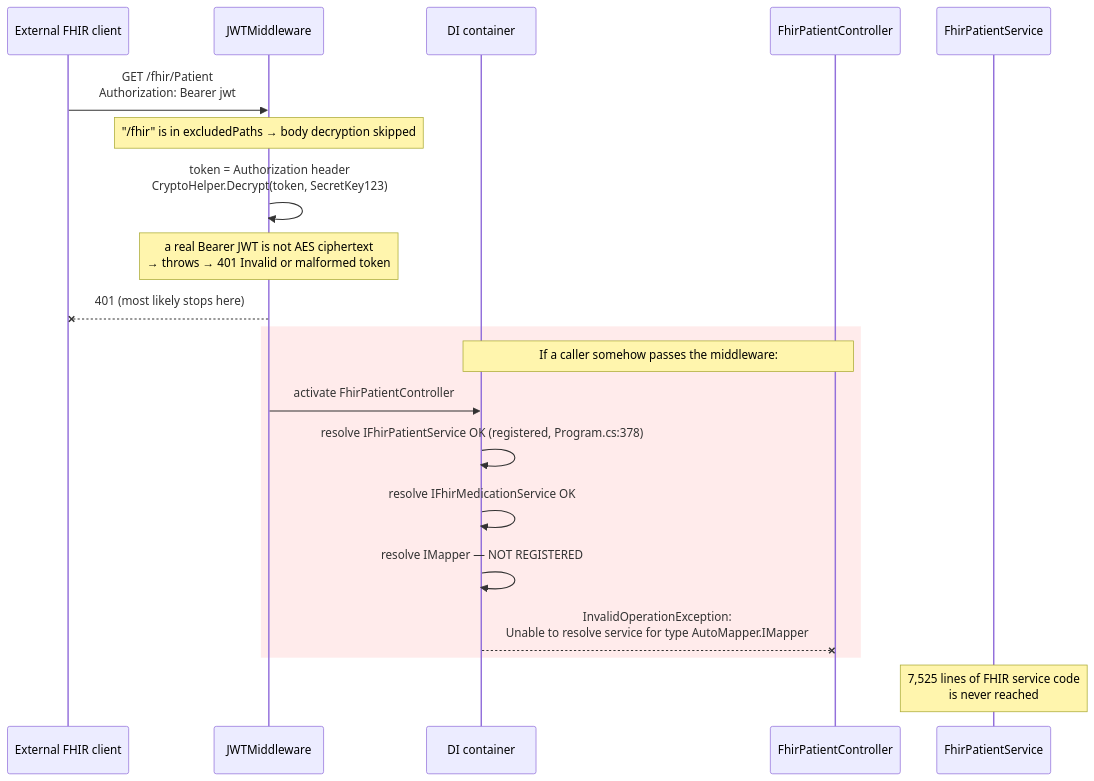
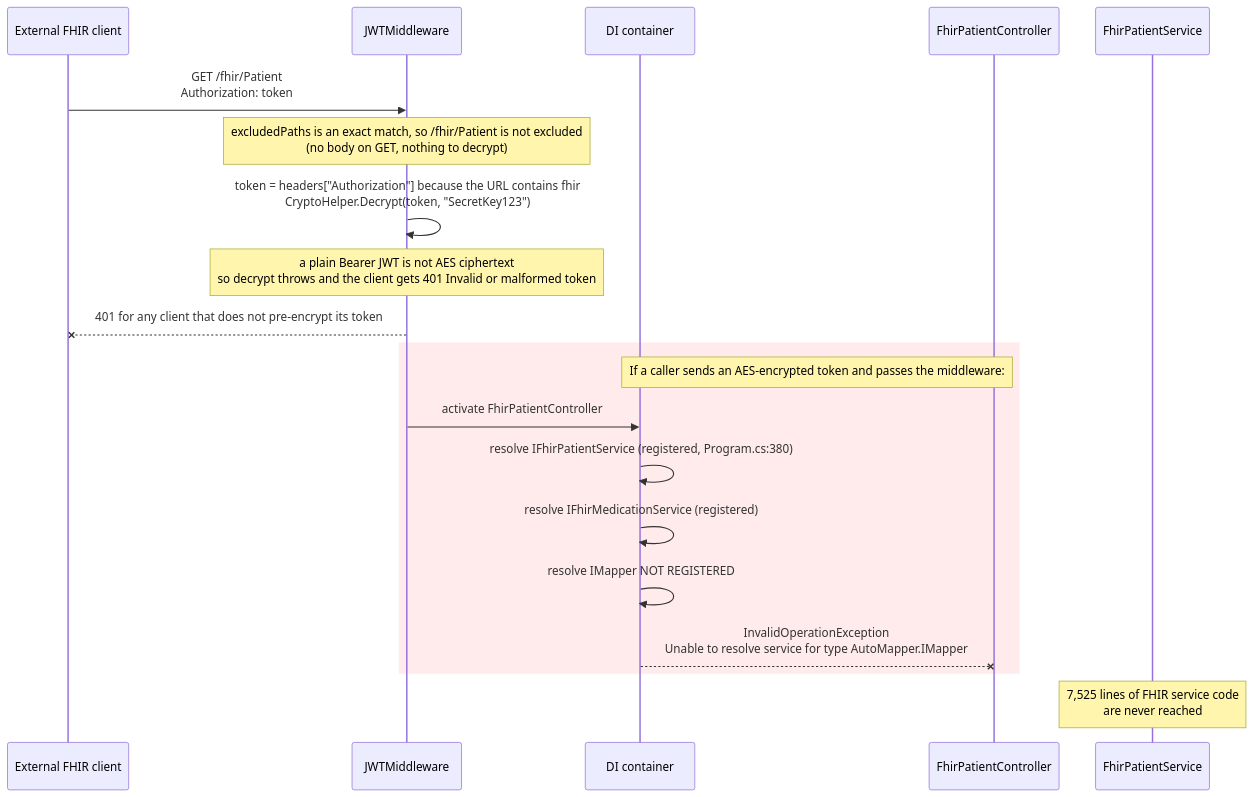
One commit to hemsingh-3PG/sai-systems-AIRE changed the first of 5 diagrams in docs/architecture-diagrams/05-interoperability-fhir-ccda-qrda-deep-dive-diagrams.md. Above: the diagram before and after it, drawn with Mermaid. The commit also changed other lines of this file and 285 other files, not shown here.

````diff
--- a/docs/architecture-diagrams/05-interoperability-fhir-ccda-qrda-deep-dive-diagrams.md
+++ b/docs/architecture-diagrams/05-interoperability-fhir-ccda-qrda-deep-dive-diagrams.md
@@ -14,25 +13,25 @@
 ```mermaid
 sequenceDiagram
   participant X as External FHIR client
   participant MW as JWTMiddleware
   participant DI as DI container
   participant CT as FhirPatientController
   participant SVC as FhirPatientService
 
-  X->>MW: GET /fhir/Patient<br/>Authorization: Bearer jwt
-  Note over MW: "/fhir" is in excludedPaths → body decryption skipped
-  MW->>MW: token = Authorization header<br/>CryptoHelper.Decrypt(token, SecretKey123)
-  Note over MW: a real Bearer JWT is not AES ciphertext<br/>→ throws → 401 Invalid or malformed token
-  MW--xX: 401 (most likely stops here)
+  X->>MW: GET /fhir/Patient<br/>Authorization: token
+  Note over MW: excludedPaths is an exact match, so /fhir/Patient is not excluded<br/>(no body on GET, nothing to decrypt)
+  MW->>MW: token = headers["Authorization"] because the URL contains fhir<br/>CryptoHelper.Decrypt(token, "SecretKey123")
+  Note over MW: a plain Bearer JWT is not AES ciphertext<br/>so decrypt throws and the client gets 401 Invalid or malformed token
+  MW--xX: 401 for any client that does not pre-encrypt its token
 
   rect rgba(255,0,0,0.08)
-  Note over DI,CT: If a caller somehow passes the middleware:
+  Note over DI,CT: If a caller sends an AES-encrypted token and passes the middleware:
   MW->>DI: activate FhirPatientController
-  DI->>DI: resolve IFhirPatientService OK (registered, Program.cs:378)
-  DI->>DI: resolve IFhirMedicationService OK
-  DI->>DI: resolve IMapper — NOT REGISTERED
-  DI--xCT: InvalidOperationException:<br/>Unable to resolve service for type AutoMapper.IMapper
+  DI->>DI: resolve IFhirPatientService (registered, Program.cs:380)
+  DI->>DI: resolve IFhirMedicationService (registered)
+  DI->>DI: resolve IMapper NOT REGISTERED
+  DI--xCT: InvalidOperationException<br/>Unable to resolve service for type AutoMapper.IMapper
   end
 
-  Note over SVC: 7,525 lines of FHIR service code<br/>is never reached
+  Note over SVC: 7,525 lines of FHIR service code<br/>are never reached
 ```
````
